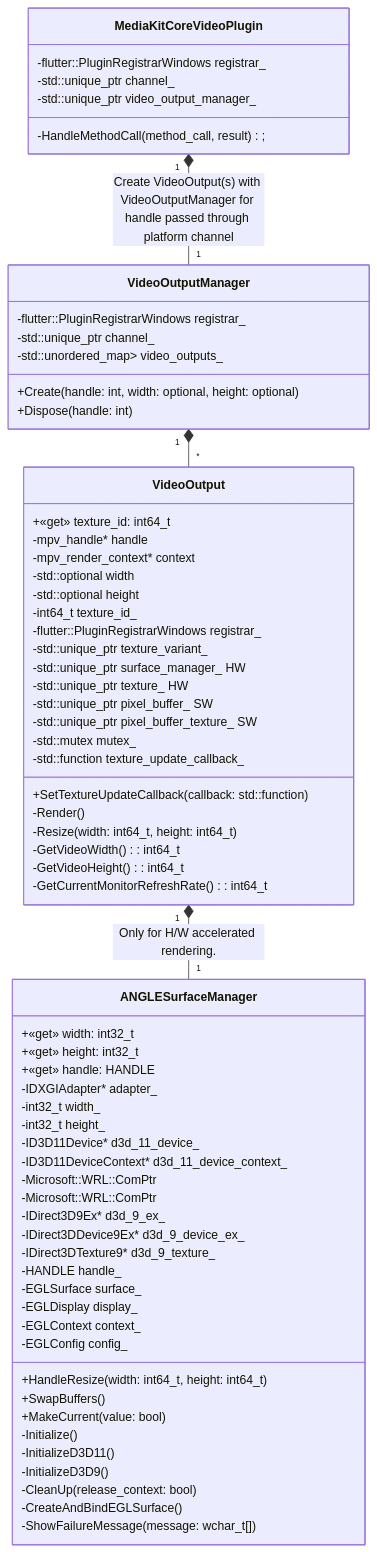
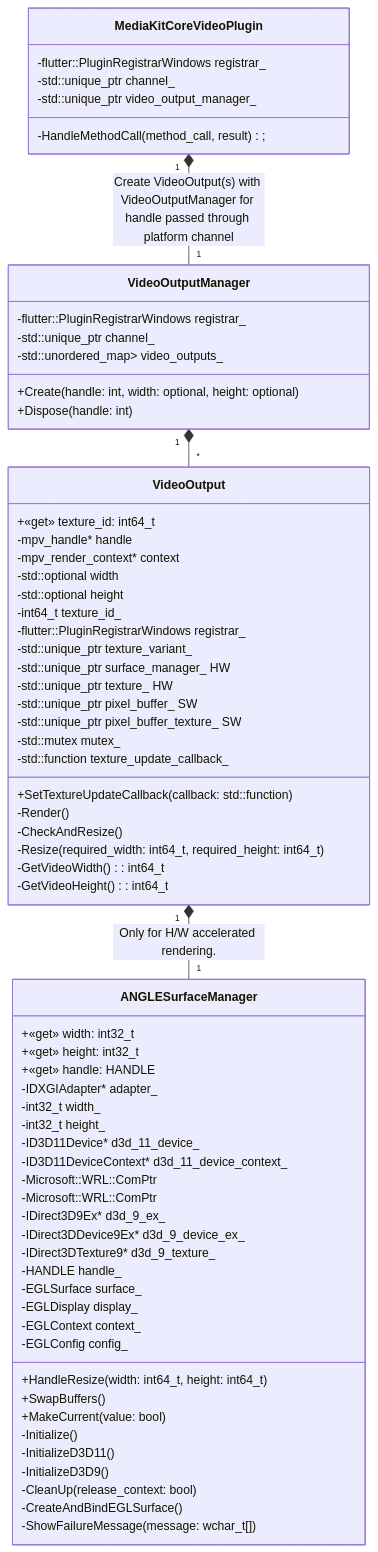
The second of 2 diagrams in README.md (media-kit/media-kit), drawn with Mermaid before and after one commit.

Commit message:
chore: update class diagram

```diff
--- a/README.md
+++ b/README.md
@@ -441,10 +441,10 @@
 
     +SetTextureUpdateCallback(callback: std::function<void(int64_t, int64_t, int64_t)>)
     -Render()
-    -Resize(width: int64_t, height: int64_t)
+    -CheckAndResize()
+    -Resize(required_width: int64_t, required_height: int64_t)
     -GetVideoWidth(): int64_t
     -GetVideoHeight(): int64_t
-    -GetCurrentMonitorRefreshRate(): int64_t
   }
 
   class ANGLESurfaceManager {
```
